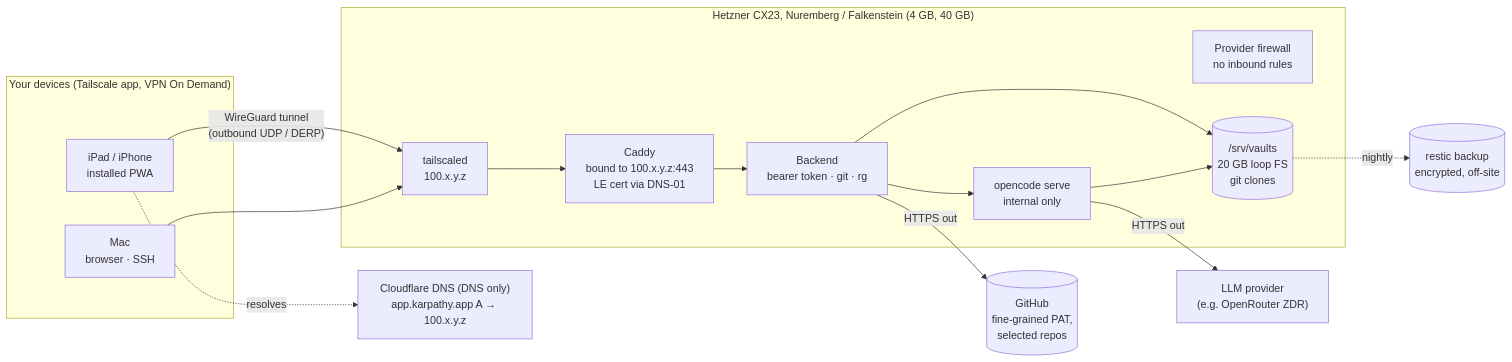
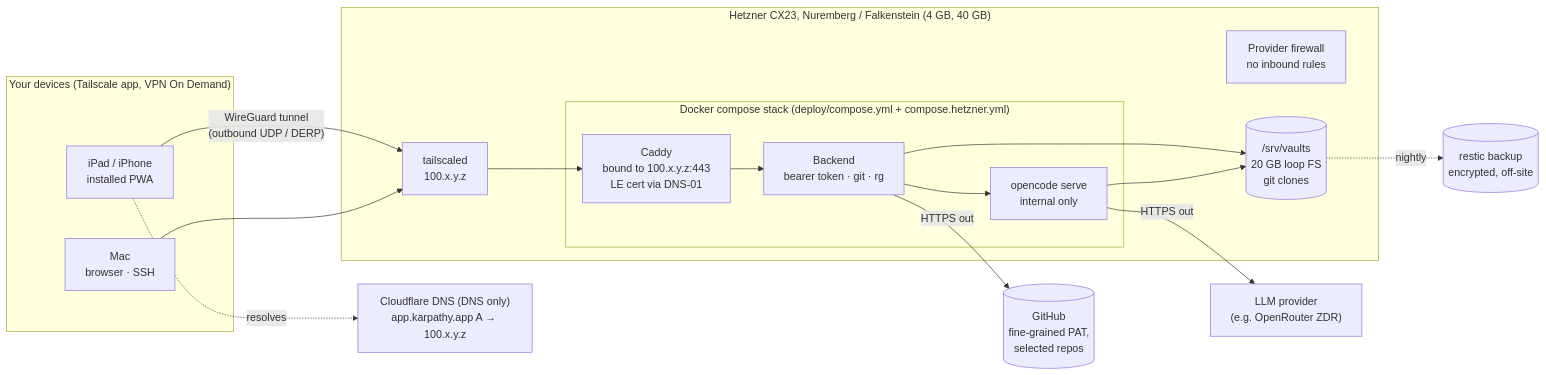
Before and after one commit to tillg/karpathy.ai: the diagram in docs/diagrams/prod-env-topology.mmd, drawn with Mermaid. The commit also changed 43 other files, not shown here.

```diff
--- a/docs/diagrams/prod-env-topology.mmd
+++ b/docs/diagrams/prod-env-topology.mmd
@@ -1,26 +1,28 @@
 flowchart LR
   subgraph Devices["Your devices (Tailscale app, VPN On Demand)"]
     IPAD["iPad / iPhone<br/>installed PWA"]
     MAC["Mac<br/>browser · SSH"]
   end
   subgraph VPS["Hetzner CX23, Nuremberg / Falkenstein (4 GB, 40 GB)"]
     FW["Provider firewall<br/>no inbound rules"]
     TS["tailscaled<br/>100.x.y.z"]
-    P["Caddy<br/>bound to 100.x.y.z:443<br/>LE cert via DNS-01"]
-    B["Backend<br/>bearer token · git · rg"]
-    OC["opencode serve<br/>internal only"]
+    subgraph Stack["Docker compose stack (deploy/compose.yml + compose.hetzner.yml)"]
+      P["Caddy<br/>bound to 100.x.y.z:443<br/>LE cert via DNS-01"]
+      B["Backend<br/>bearer token · git · rg"]
+      OC["opencode serve<br/>internal only"]
+    end
     V[("/srv/vaults<br/>20 GB loop FS<br/>git clones")]
   end
   DNS["Cloudflare DNS (DNS only)<br/>app.karpathy.app A → 100.x.y.z"]
   GH[("GitHub<br/>fine-grained PAT,<br/>selected repos")]
   LLM["LLM provider<br/>(e.g. OpenRouter ZDR)"]
   BK[("restic backup<br/>encrypted, off-site")]
   IPAD -- "WireGuard tunnel<br/>(outbound UDP / DERP)" --> TS
   MAC --> TS
   TS --> P --> B --> OC
   B --> V
   OC --> V
   B -- "HTTPS out" --> GH
   OC -- "HTTPS out" --> LLM
   V -. nightly .-> BK
   IPAD -. resolves .-> DNS
```
